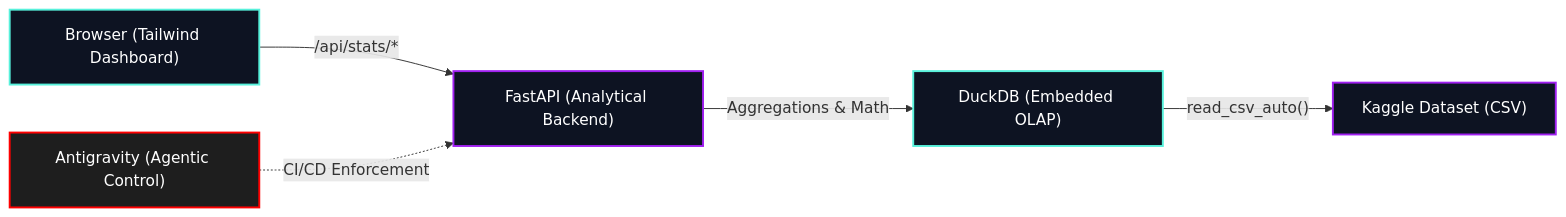
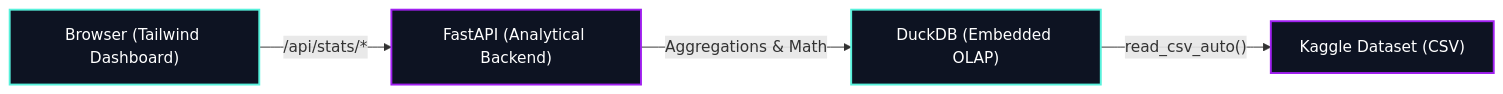
Before and after one commit to hitanshuac/yeti-tracker: the diagram in docs/architecture.mmd, drawn with Mermaid. The commit also changed 2 other files, not shown here.

Commit message:
docs: remove antigravity from architecture diagram

```diff
--- a/docs/architecture.mmd
+++ b/docs/architecture.mmd
@@ -1,20 +1,17 @@
 graph LR
     %% Style Definitions
     classDef browser fill:#0d1322,stroke:#57f1db,stroke-width:2px,color:#fff;
     classDef api fill:#0d1322,stroke:#a020f0,stroke-width:2px,color:#fff;
     classDef db fill:#0d1322,stroke:#57f1db,stroke-width:2px,color:#fff;
     classDef csv fill:#0d1322,stroke:#a020f0,stroke-width:2px,color:#fff;
-    classDef agent fill:#1e1e1e,stroke:#ff0000,stroke-width:2px,color:#fff;
 
     %% Nodes
     Browser["Browser (Tailwind Dashboard)"]:::browser
     FastAPI["FastAPI (Analytical Backend)"]:::api
     DuckDB["DuckDB (Embedded OLAP)"]:::db
     CSV["Kaggle Dataset (CSV)"]:::csv
-    Antigravity["Antigravity (Agentic Control)"]:::agent
 
     %% Edges
     Browser -->|"/api/stats/*"| FastAPI
     FastAPI -->|"Aggregations & Math"| DuckDB
     DuckDB -->|"read_csv_auto()"| CSV
-    Antigravity -.->|"CI/CD Enforcement"| FastAPI
```
